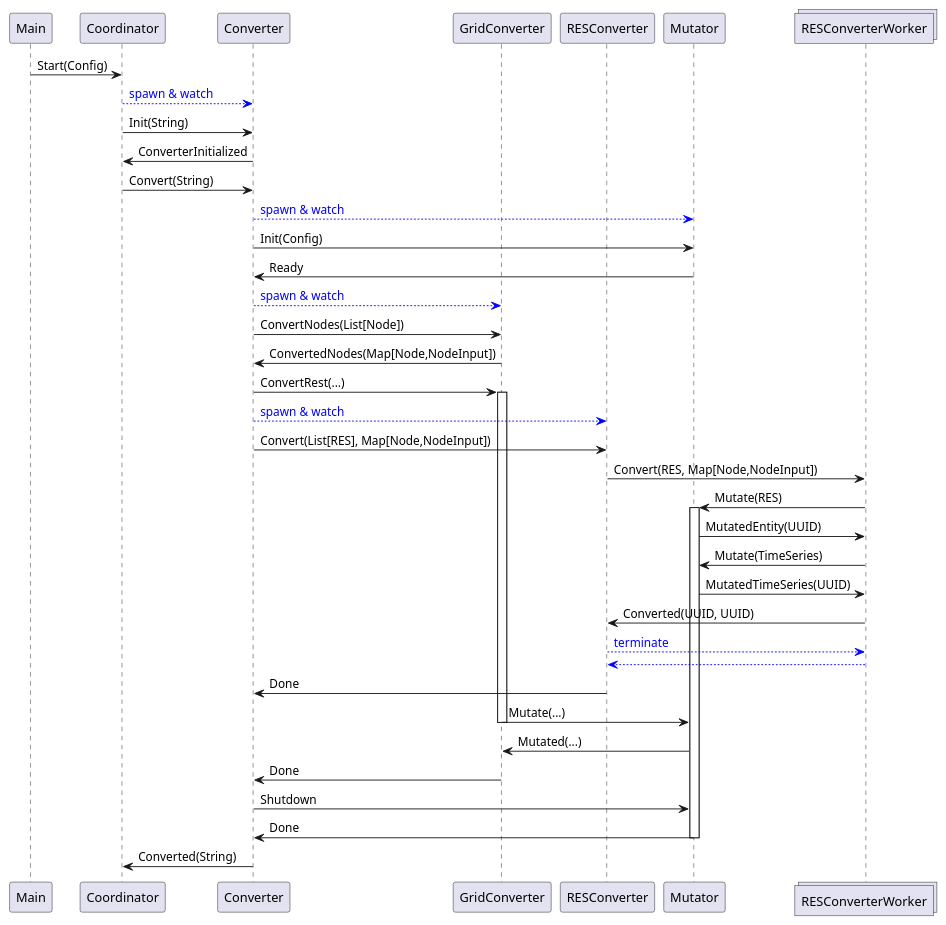
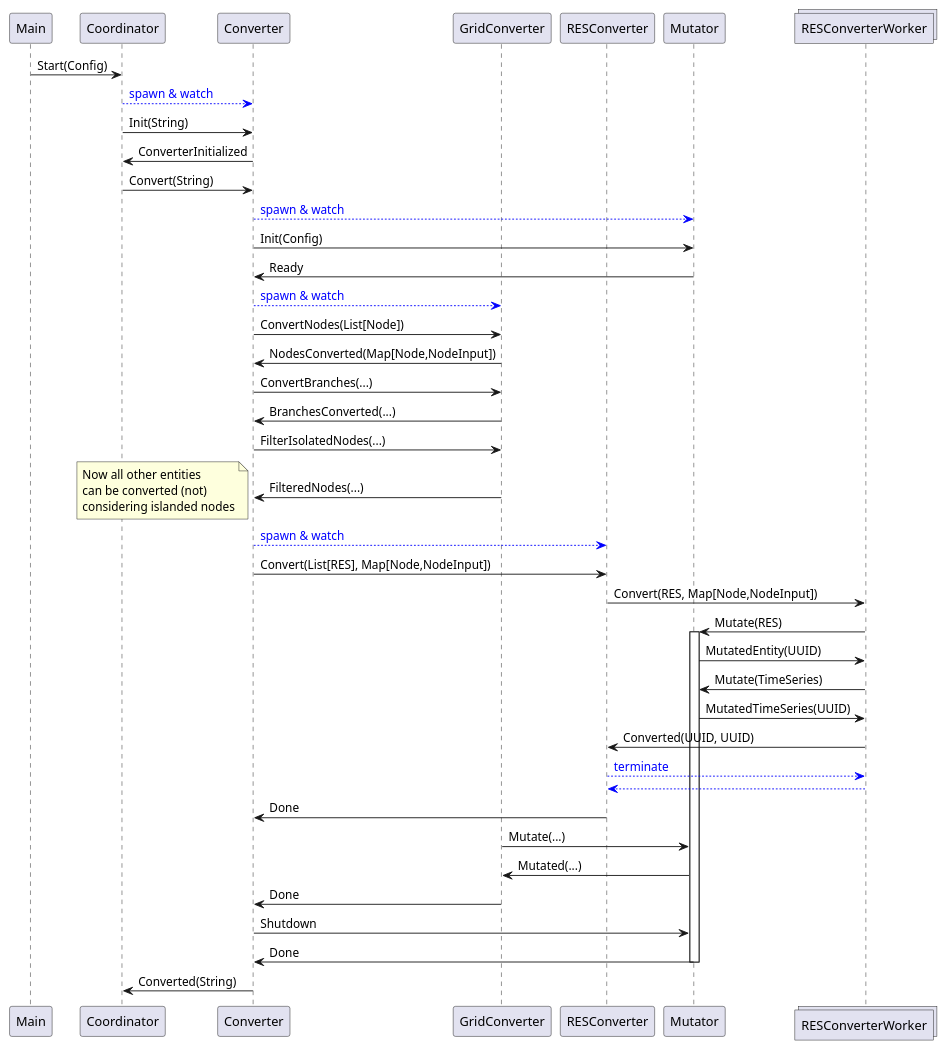
The diagram in docs/diagrams/protocol/protocol.puml (ie3-institute/simBench2psdm), drawn with PlantUML before and after one commit. The commit also changed 1 other file, not shown here.

```diff
--- a/docs/diagrams/protocol/protocol.puml
+++ b/docs/diagrams/protocol/protocol.puml
@@ -1,49 +1,50 @@
 @startuml
 
 participant Main
 participant Coordinator
 participant Converter
 participant GridConverter
 participant RESConverter
 participant Mutator
 collections RESConverterWorker
 
 Main -> Coordinator: Start(Config)
 Coordinator --[#blue]> Converter: <font color=blue>spawn & watch</font>
 Coordinator -> Converter: Init(String)
 Coordinator <- Converter: ConverterInitialized
 Coordinator -> Converter: Convert(String)
 Converter --[#blue]> Mutator: <font color=blue>spawn & watch</font>
 Converter -> Mutator: Init(Config)
 Converter <- Mutator: Ready
 Converter --[#blue]> GridConverter: <font color=blue>spawn & watch</font>
 Converter -> GridConverter: ConvertNodes(List[Node])
-Converter <- GridConverter: ConvertedNodes(Map[Node,NodeInput])
-
-Converter -> GridConverter: ConvertRest(...)
-activate GridConverter
+Converter <- GridConverter: NodesConverted(Map[Node,NodeInput])
+Converter -> GridConverter: ConvertBranches(...)
+Converter <- GridConverter: BranchesConverted(...)
+Converter -> GridConverter: FilterIsolatedNodes(...)
+Converter <- GridConverter: FilteredNodes(...)
+note left: Now all other entities\ncan be converted (not)\nconsidering islanded nodes
 
 Converter --[#blue]> RESConverter: <font color=blue>spawn & watch</font>
 Converter -> RESConverter: Convert(List[RES], Map[Node,NodeInput])
 RESConverter -> RESConverterWorker: Convert(RES, Map[Node,NodeInput])
 RESConverterWorker -> Mutator: Mutate(RES)
 activate Mutator
 RESConverterWorker <- Mutator: MutatedEntity(UUID)
 RESConverterWorker -> Mutator: Mutate(TimeSeries)
 RESConverterWorker <- Mutator: MutatedTimeSeries(UUID)
 RESConverter <- RESConverterWorker: Converted(UUID, UUID)
 RESConverter --[#blue]> RESConverterWorker: <font color=blue>terminate</font>
 RESConverter <--[#blue] RESConverterWorker
 Converter <- RESConverter: Done
 
 GridConverter -> Mutator: Mutate(...)
-deactivate GridConverter
 GridConverter <- Mutator: Mutated(...)
 Converter <- GridConverter: Done
 
 Converter -> Mutator: Shutdown
 Converter <- Mutator: Done
 deactivate Mutator
 
 Coordinator <- Converter: Converted(String)
 @enduml
```
